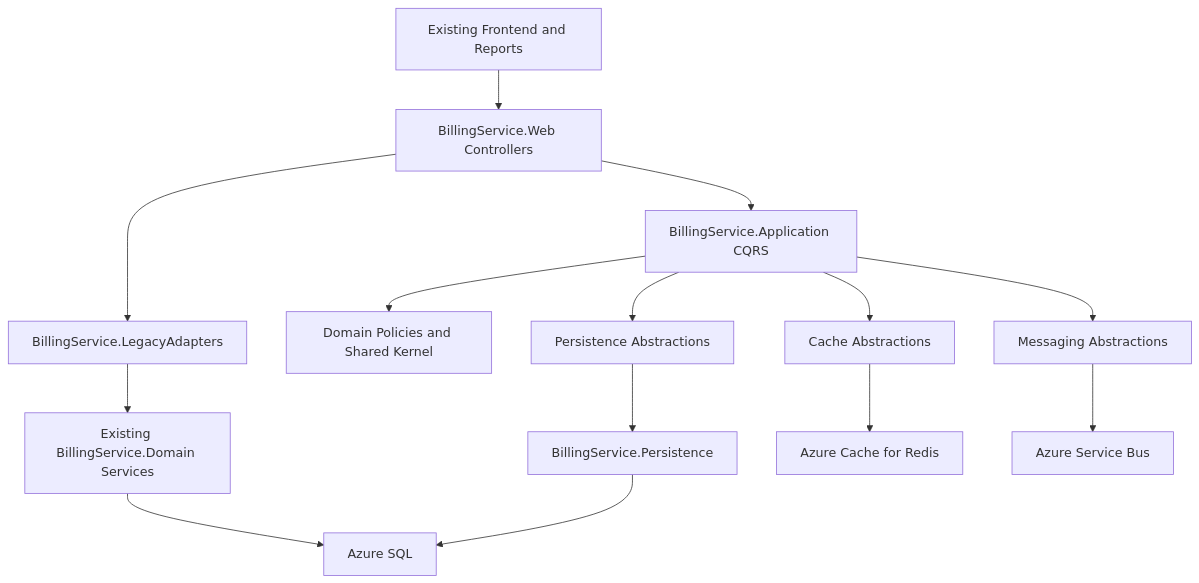
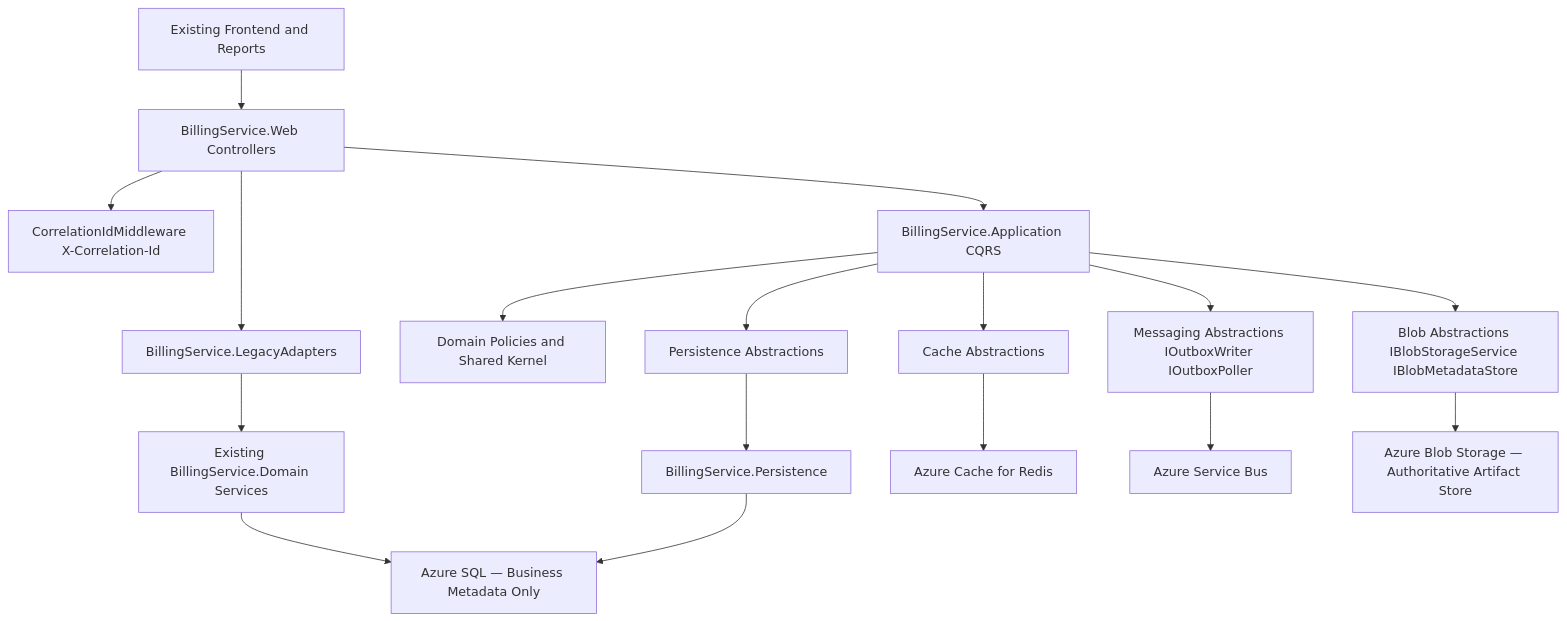
The first of 5 diagrams in docs/billingservice-modernization/architecture-diagrams.md (pavan-anandam-rethink/BillAI), drawn with Mermaid before and after one commit. The commit also changed other lines of this file and 27 other files, not shown here.

````diff
--- a/docs/billingservice-modernization/architecture-diagrams.md
+++ b/docs/billingservice-modernization/architecture-diagrams.md
@@ -5,16 +5,19 @@
 ```mermaid
 flowchart TD
     Frontend[Existing Frontend and Reports] --> API[BillingService.Web Controllers]
+    API --> CorrelationId[CorrelationIdMiddleware X-Correlation-Id]
     API --> LegacyAdapters[BillingService.LegacyAdapters]
     LegacyAdapters --> ExistingDomain[Existing BillingService.Domain Services]
     API --> Application[BillingService.Application CQRS]
     Application --> Domain[Domain Policies and Shared Kernel]
     Application --> PersistenceContracts[Persistence Abstractions]
     PersistenceContracts --> Persistence[BillingService.Persistence]
     Application --> CacheContracts[Cache Abstractions]
     CacheContracts --> Redis[Azure Cache for Redis]
-    Application --> MessagingContracts[Messaging Abstractions]
+    Application --> MessagingContracts[Messaging Abstractions IOutboxWriter IOutboxPoller]
     MessagingContracts --> ServiceBus[Azure Service Bus]
-    Persistence --> AzureSql[Azure SQL]
+    Application --> BlobContracts[Blob Abstractions IBlobStorageService IBlobMetadataStore]
+    BlobContracts --> BlobStorage[Azure Blob Storage — Authoritative Artifact Store]
+    Persistence --> AzureSql[Azure SQL — Business Metadata Only]
     ExistingDomain --> AzureSql
 ```
````
